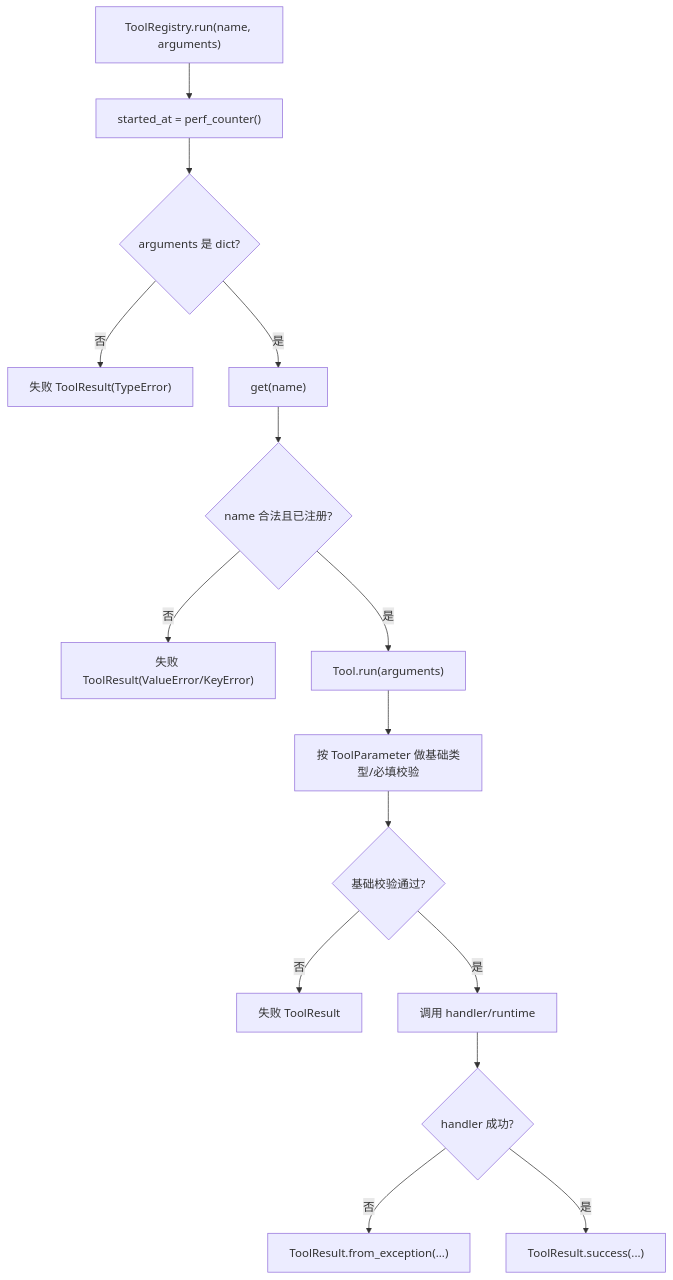
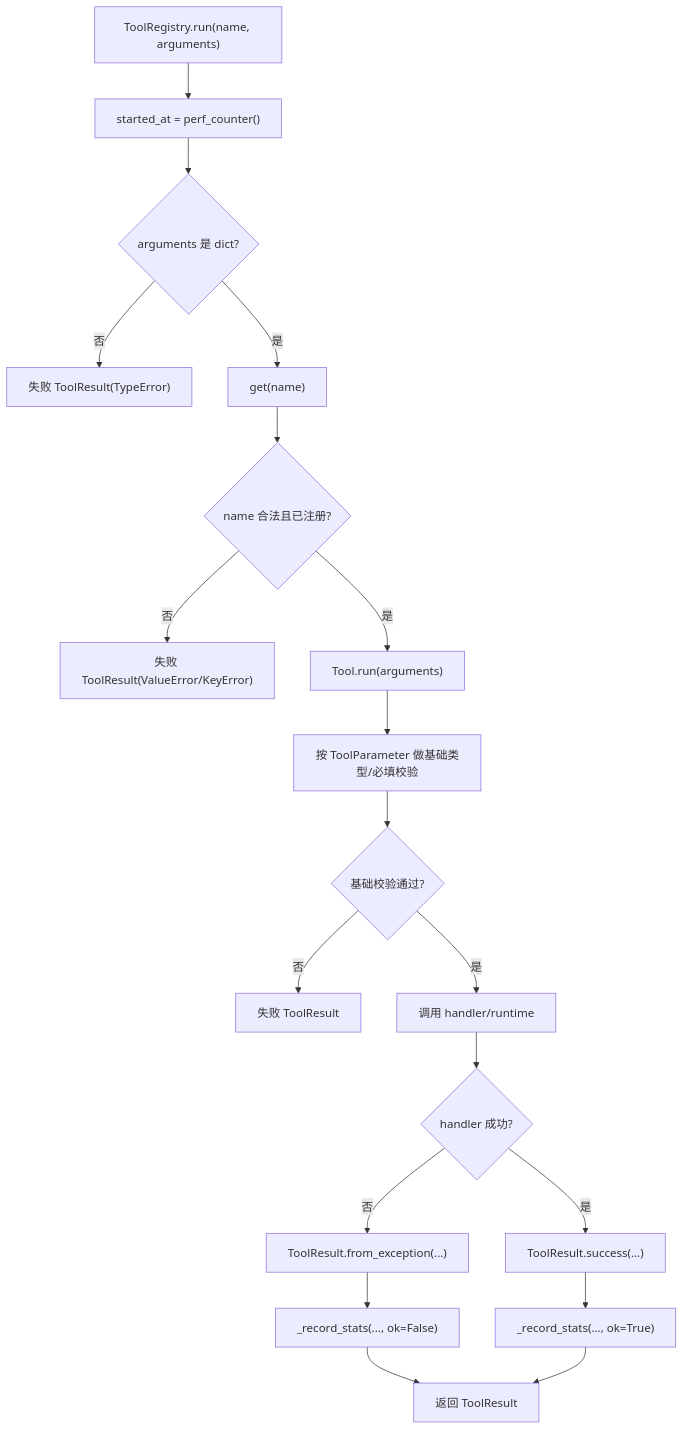
One commit to nanhanq1/personal-coding-assistant changed the seventh of 13 diagrams in docs/12_IMPLEMENTED_ARCHITECTURE_AND_INDUSTRIAL_GAPS.md. Above: the diagram before and after it, drawn with Mermaid. The commit also changed other lines of this file and 16 other files, not shown here.

````diff
--- a/docs/12_IMPLEMENTED_ARCHITECTURE_AND_INDUSTRIAL_GAPS.md
+++ b/docs/12_IMPLEMENTED_ARCHITECTURE_AND_INDUSTRIAL_GAPS.md
@@ -221,17 +230,21 @@
 ```mermaid
 flowchart TD
     A["ToolRegistry.run(name, arguments)"] --> B["started_at = perf_counter()"]
     B --> C{"arguments 是 dict?"}
     C -- "否" --> D["失败 ToolResult(TypeError)"]
     C -- "是" --> E["get(name)"]
     E --> F{"name 合法且已注册?"}
     F -- "否" --> G["失败 ToolResult(ValueError/KeyError)"]
     F -- "是" --> H["Tool.run(arguments)"]
     H --> I["按 ToolParameter 做基础类型/必填校验"]
     I --> J{"基础校验通过?"}
     J -- "否" --> K["失败 ToolResult"]
     J -- "是" --> L["调用 handler/runtime"]
     L --> M{"handler 成功?"}
     M -- "否" --> N["ToolResult.from_exception(...)"]
     M -- "是" --> O["ToolResult.success(...)"]
+    N --> P["_record_stats(..., ok=False)"]
+    O --> Q["_record_stats(..., ok=True)"]
+    P --> R["返回 ToolResult"]
+    Q --> R
 ```
````
